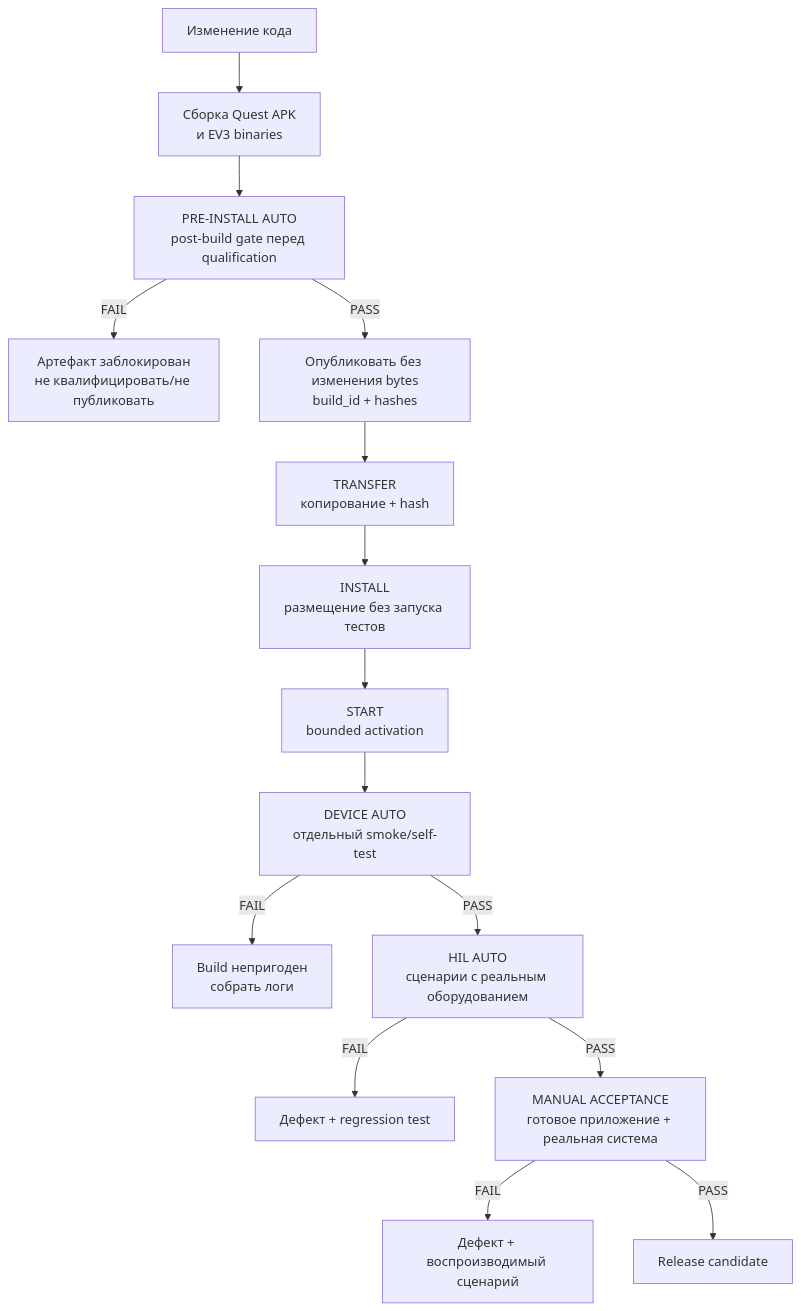
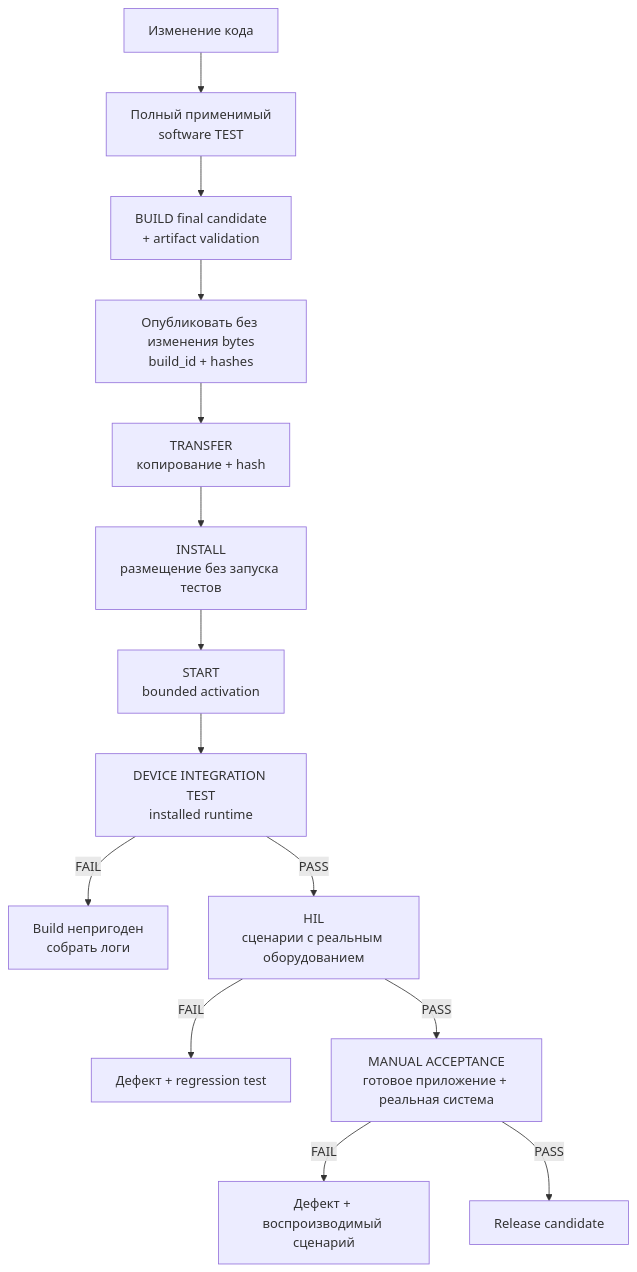
The diagram in docs/PHANTOM/TEST_PLAN.md (sirejik/phantom), drawn with Mermaid before and after one commit. The commit also changed other lines of this file and 85 other files, not shown here.

Commit message:
Refactor build and device lifecycle

````diff
--- a/docs/PHANTOM/TEST_PLAN.md
+++ b/docs/PHANTOM/TEST_PLAN.md
@@ -41,17 +44,16 @@
 ```mermaid
 flowchart TD
-  C[Изменение кода] --> B[Сборка Quest APK<br/>и EV3 binaries]
-  B --> A[PRE-INSTALL AUTO<br/>post-build gate перед qualification]
-  A -->|FAIL| X[Артефакт заблокирован<br/>не квалифицировать/не публиковать]
-  A -->|PASS| P[Опубликовать без изменения bytes<br/>build_id + hashes]
+  C[Изменение кода] --> A[Полный применимый<br/>software TEST]
+  A --> B[BUILD final candidate<br/>+ artifact validation]
+  B --> P[Опубликовать без изменения bytes<br/>build_id + hashes]
   P --> T[TRANSFER<br/>копирование + hash]
   T --> D[INSTALL<br/>размещение без запуска тестов]
   D --> ST[START<br/>bounded activation]
-  ST --> S[DEVICE AUTO<br/>отдельный smoke/self-test]
+  ST --> S[DEVICE INTEGRATION TEST<br/>installed runtime]
   S -->|FAIL| X2[Build непригоден<br/>собрать логи]
-  S -->|PASS| H[HIL AUTO<br/>сценарии с реальным оборудованием]
+  S -->|PASS| H[HIL<br/>сценарии с реальным оборудованием]
   H -->|FAIL| X3[Дефект + regression test]
   H -->|PASS| M[MANUAL ACCEPTANCE<br/>готовое приложение + реальная система]
   M -->|FAIL| X4[Дефект + воспроизводимый сценарий]
   M -->|PASS| R[Release candidate]
 ```
````
